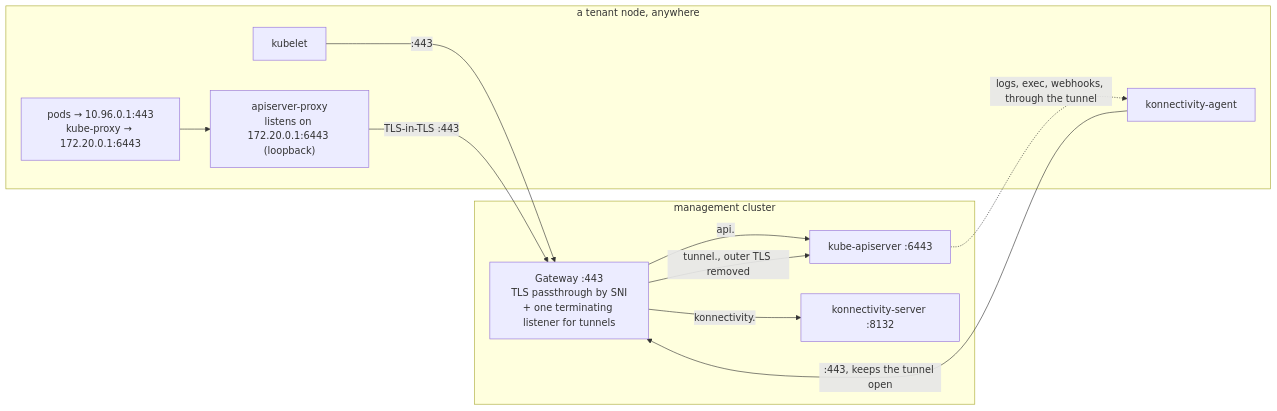
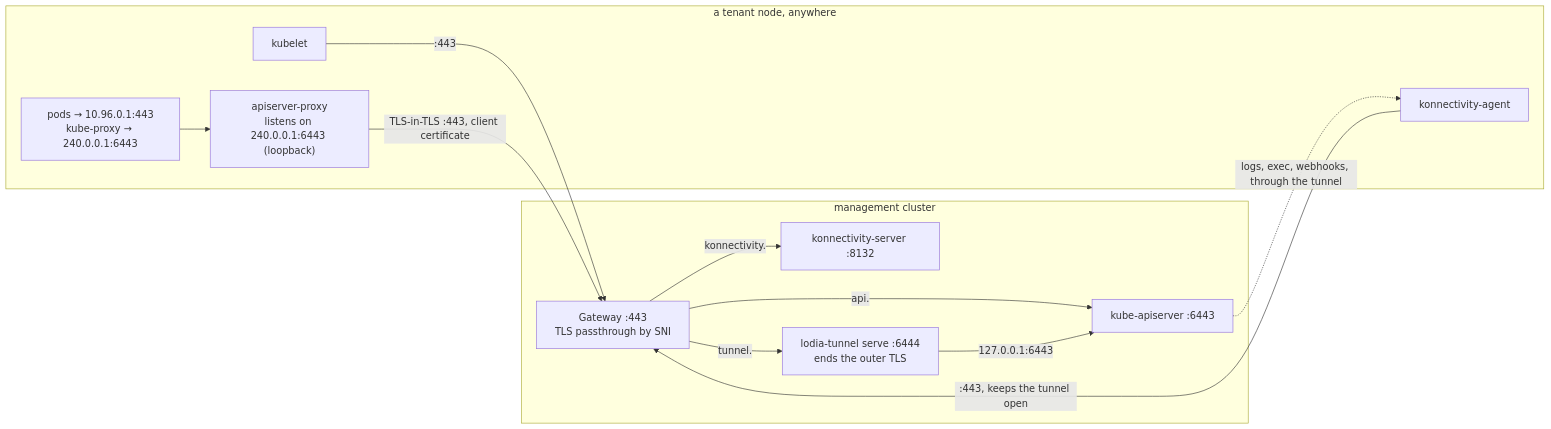
Before and after one commit to lodia-io/lodia: the fourth of 7 diagrams in docs/README.md, drawn with Mermaid. The commit also changed other lines of this file and 44 other files, not shown here.

````diff
--- a/docs/README.md
+++ b/docs/README.md
@@ -602,21 +610,23 @@
 ```mermaid
 flowchart LR
   subgraph mgmt["management cluster"]
-    gw["Gateway :443<br/>TLS passthrough by SNI<br/>+ one terminating listener for tunnels"]
+    gw["Gateway :443<br/>TLS passthrough by SNI"]
     a["kube-apiserver :6443"]
     k["konnectivity-server :8132"]
+    t["lodia-tunnel serve :6444<br/>ends the outer TLS"]
     gw -- "api.<cp>" --> a
     gw -- "konnectivity.<cp>" --> k
-    gw -- "tunnel.<cp>, outer TLS removed" --> a
+    gw -- "tunnel.<cp>" --> t
+    t -- "127.0.0.1:6443" --> a
   end
   subgraph node["a tenant node, anywhere"]
     kubelet
     agent["konnectivity-agent"]
-    proxy["apiserver-proxy<br/>listens on 172.20.0.1:6443 (loopback)"]
-    pods["pods → 10.96.0.1:443<br/>kube-proxy → 172.20.0.1:6443"]
+    proxy["apiserver-proxy<br/>listens on 240.0.0.1:6443 (loopback)"]
+    pods["pods → 10.96.0.1:443<br/>kube-proxy → 240.0.0.1:6443"]
   end
   kubelet -- ":443" --> gw
   agent -- ":443, keeps the tunnel open" --> gw
-  pods --> proxy -- "TLS-in-TLS :443" --> gw
+  pods --> proxy -- "TLS-in-TLS :443, client certificate" --> gw
   a -. "logs, exec, webhooks, through the tunnel" .-> agent
 ```
````
